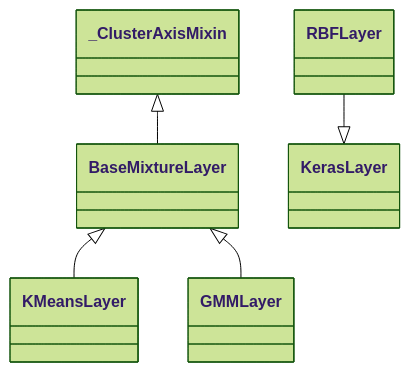
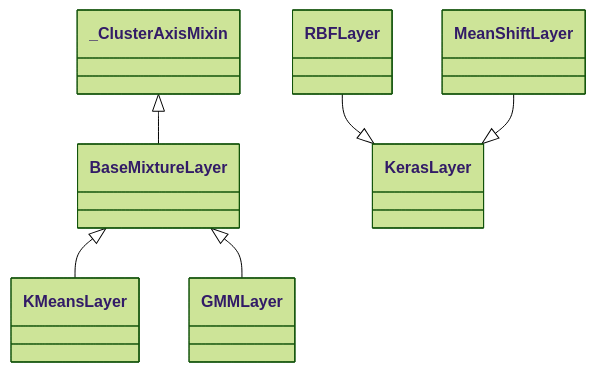
Before and after one commit to NikolasMarkou/dl_techniques: the diagram in src/dl_techniques/layers/mixtures/AGENTS.md, drawn with Mermaid (forest theme). The commit also changed other lines of this file and 9 other files, not shown here.

Commit message:
[plan-2026-10-29-27f045c5/iter-1/step-7] mixtures: MeanShiftLayer, assign_clusters and the mean_shift registry key

````diff
--- a/src/dl_techniques/layers/mixtures/AGENTS.md
+++ b/src/dl_techniques/layers/mixtures/AGENTS.md
@@ -17,12 +17,14 @@
 ```mermaid
 classDiagram
     class _ClusterAxisMixin
     class BaseMixtureLayer
     class KMeansLayer
     class GMMLayer
     class RBFLayer
+    class MeanShiftLayer
     _ClusterAxisMixin <|-- BaseMixtureLayer
     BaseMixtureLayer <|-- KMeansLayer
     BaseMixtureLayer <|-- GMMLayer
     RBFLayer --|> KerasLayer
+    MeanShiftLayer --|> KerasLayer
 ```
````
